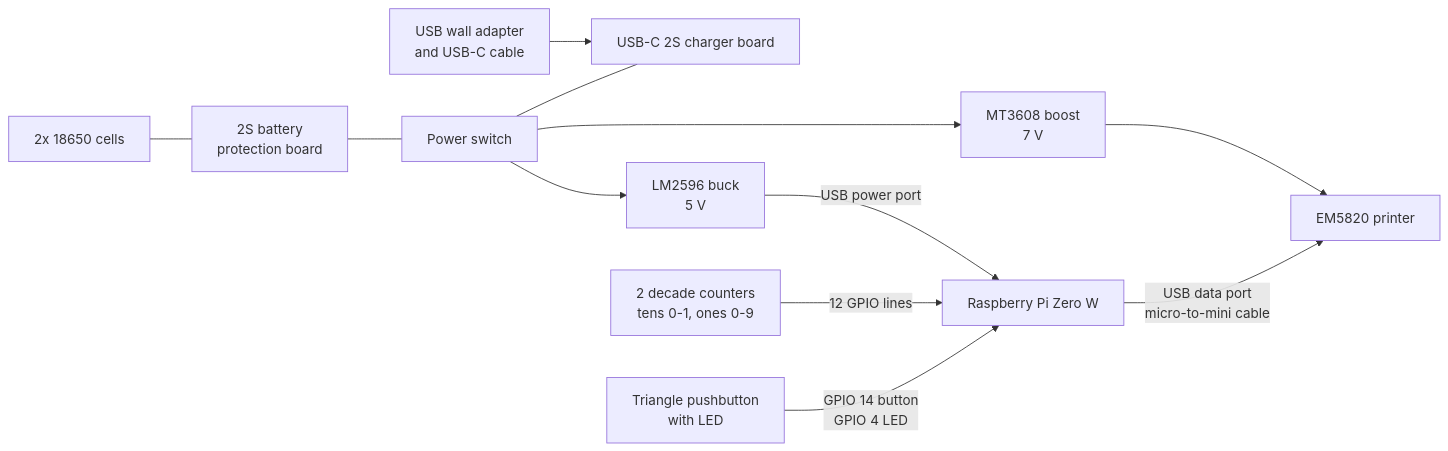
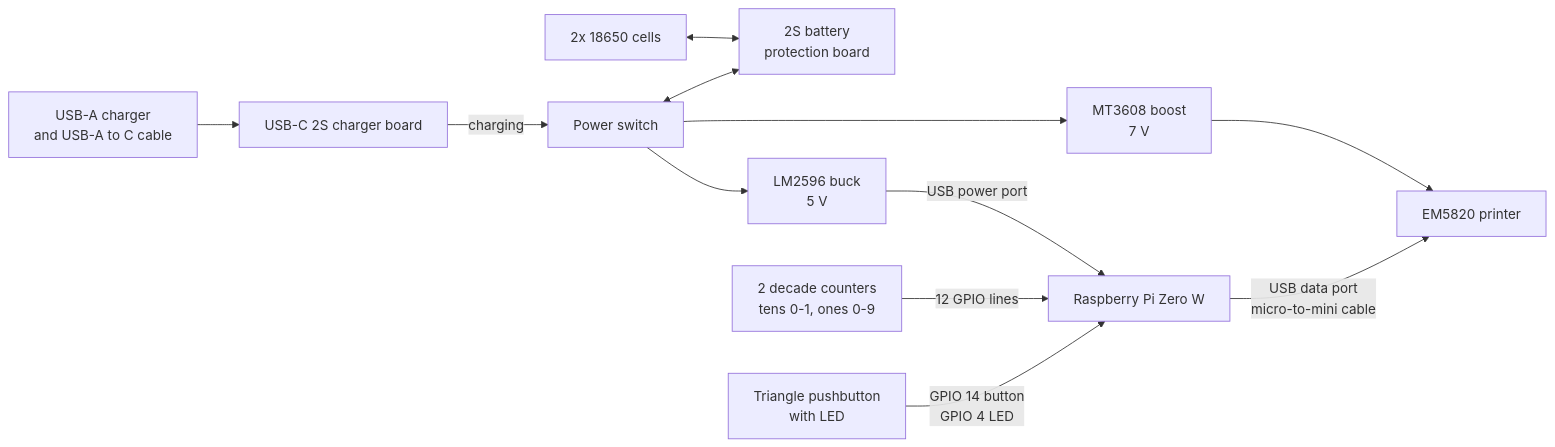
One commit to calvin-young/momir-machine changed the diagram in docs/HARDWARE.md. Above: the diagram before and after it, drawn with Mermaid. The commit also changed other lines of this file and 13 other files, not shown here.

````diff
--- a/docs/HARDWARE.md
+++ b/docs/HARDWARE.md
@@ -33,14 +33,14 @@
 ```mermaid
 flowchart LR
-    wall["USB wall adapter<br/>and USB-C cable"] --> charger["USB-C 2S charger board"]
-    cells["2x 18650 cells"] --- bms["2S battery<br/>protection board"]
-    bms --- switch["Power switch"]
-    switch --- charger
+    wall["USB-A charger<br/>and USB-A to C cable"] --> charger["USB-C 2S charger board"]
+    cells["2x 18650 cells"] <--> bms["2S battery<br/>protection board"]
+    charger -- "charging" --> switch["Power switch"]
+    switch <--> bms
     switch --> boost["MT3608 boost<br/>7 V"]
     switch --> buck["LM2596 buck<br/>5 V"]
     boost --> printer["EM5820 printer"]
     buck -- "USB power port" --> pi["Raspberry Pi Zero W"]
     pi -- "USB data port<br/>micro-to-mini cable" --> printer
     dial["2 decade counters<br/>tens 0-1, ones 0-9"] -- "12 GPIO lines" --> pi
     btn["Triangle pushbutton<br/>with LED"] -- "GPIO 14 button<br/>GPIO 4 LED" --> pi
 ```
````
